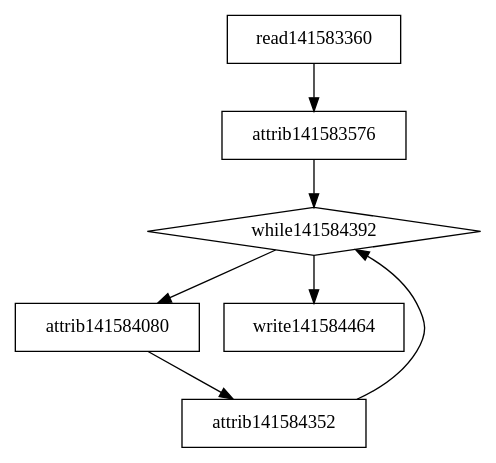
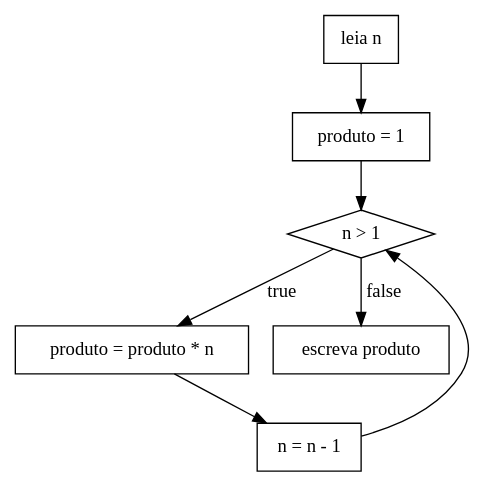
One commit to bbcoimbra/compiler changed the diagram in examples/fatorial/fatorial.dot. Above: the diagram before and after it, drawn with Graphviz.

Commit message:
recompiled with correct labels

```diff
--- a/examples/fatorial/fatorial.dot
+++ b/examples/fatorial/fatorial.dot
@@ -1,10 +1,16 @@
 digraph program {
 node [shape=box];
-read141583360 -> attrib141583576;
-attrib141583576 -> while141584392;
-while141584392 -> attrib141584080;
-attrib141584080 -> attrib141584352;
-attrib141584352 -> while141584392;
-while141584392 -> write141584464;
-write141584464;
-while141584392 [shape=diamond];}
+read169292440 [label = "leia n" ];
+attrib169292656 [label = "produto = 1" ];
+while169293472 [label = " n > 1" ];
+attrib169293160 [label = "produto = produto * n" ];
+attrib169293432 [label = "n = n - 1" ];
+write169293544 [label = "escreva produto" ];
+read169292440 -> attrib169292656;
+attrib169292656 -> while169293472;
+while169293472 -> attrib169293160 [label ="true"];
+attrib169293160 -> attrib169293432;
+attrib169293432 -> while169293472;
+while169293472 -> write169293544 [label ="false"];
+write169293544;
+while169293472 [shape=diamond];}
```
